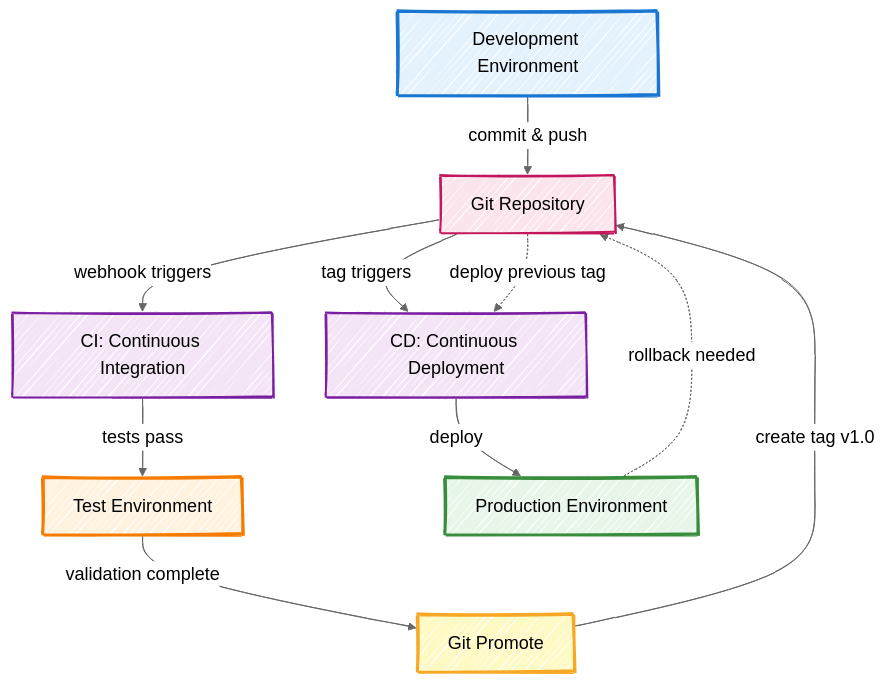
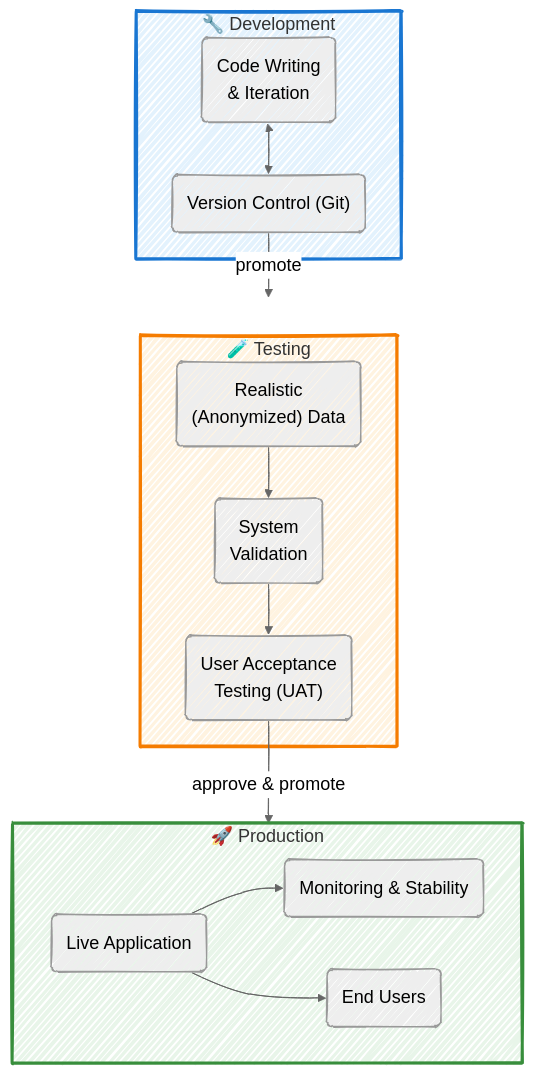
Before and after one commit to mjfrigaard/do4ds-labs: the third of 5 diagrams in lab5.qmd, drawn with Mermaid. The commit also changed other lines of this file and 54 other files, not shown here.

````diff
--- a/lab5.qmd
+++ b/lab5.qmd
@@ -94,35 +118,37 @@
 ```{mermaid}
 %%| fig-cap: 'Data Science Environments'
 %%| fig-width: 7.0
 %%| fig-align: center
 %%{init: {'theme': 'neutral', 'look': 'handDrawn', 'themeVariables': { 'fontFamily': 'monospace', "fontSize":"18px"}}}%%
 
-flowchart TB
-    Dev[Development Environment]
-    Git[Git Repository]
-    CI[CI: Continuous Integration]
-    Test[Test Environment]
-    Promote[Git Promote]
-    CD[CD: Continuous Deployment]
-    Prod[Production Environment]
+
+flowchart TD
+    subgraph DevEnv["🔧 Development"]
+        DevCode("Code Writing<br>& Iteration")
+        Git("Version Control (Git)")
+        DevCode <--> Git
+    end
+
+    subgraph TestEnv["🧪 Testing"]
+        AnonData("Realistic<br>(Anonymized) Data")
+        SysVal("System <br>Validation")
+        UAT("User Acceptance<br>Testing (UAT)")
+        AnonData --> SysVal --> UAT
+    end
+
+    subgraph ProdEnv["🚀 Production"]
+        LiveApp("Live Application")
+        Monitor("Monitoring & Stability")
+        EndUser("End Users")
+        LiveApp --> Monitor
+        LiveApp --> EndUser
+    end
+
+    Git -->|"promote"| TestEnv
+    UAT -->|"approve & promote"| ProdEnv
+
+    style DevEnv fill:#e3f2fd,stroke:#1976d2,stroke-width:3px
+    style TestEnv fill:#fff3e0,stroke:#f57c00,stroke-width:3px
+    style ProdEnv fill:#e8f5e9,stroke:#388e3c,stroke-width:3px
     
-    Dev -->|commit & push| Git
-    Git -->|webhook triggers| CI
-    CI -->|tests pass| Test
-    
-    Test -->|validation complete| Promote
-    Promote -->|create tag v1.0| Git
-    Git -->|tag triggers| CD
-    CD -->|deploy| Prod
-    
-    Prod -.->|rollback needed| Git
-    Git -.->|deploy previous tag| CD
-    
-    style Dev fill:#e3f2fd,stroke:#1976d2,stroke-width:3px
-    style Test fill:#fff3e0,stroke:#f57c00,stroke-width:3px
-    style Prod fill:#e8f5e9,stroke:#388e3c,stroke-width:3px
-    style Git fill:#fce4ec,stroke:#c2185b,stroke-width:2px
-    style CI fill:#f3e5f5,stroke:#7b1fa2,stroke-width:2px
-    style CD fill:#f3e5f5,stroke:#7b1fa2,stroke-width:2px
-    style Promote fill:#fff9c4,stroke:#f9a825,stroke-width:3px
 ```
````
